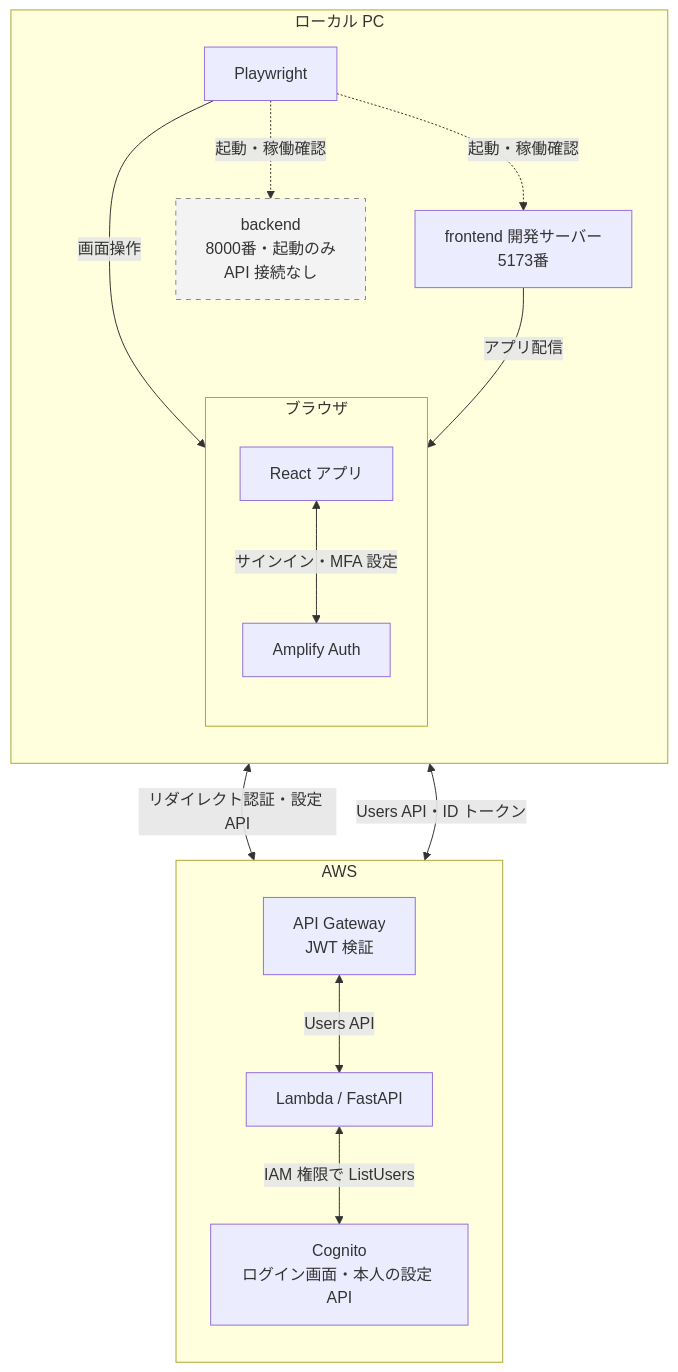
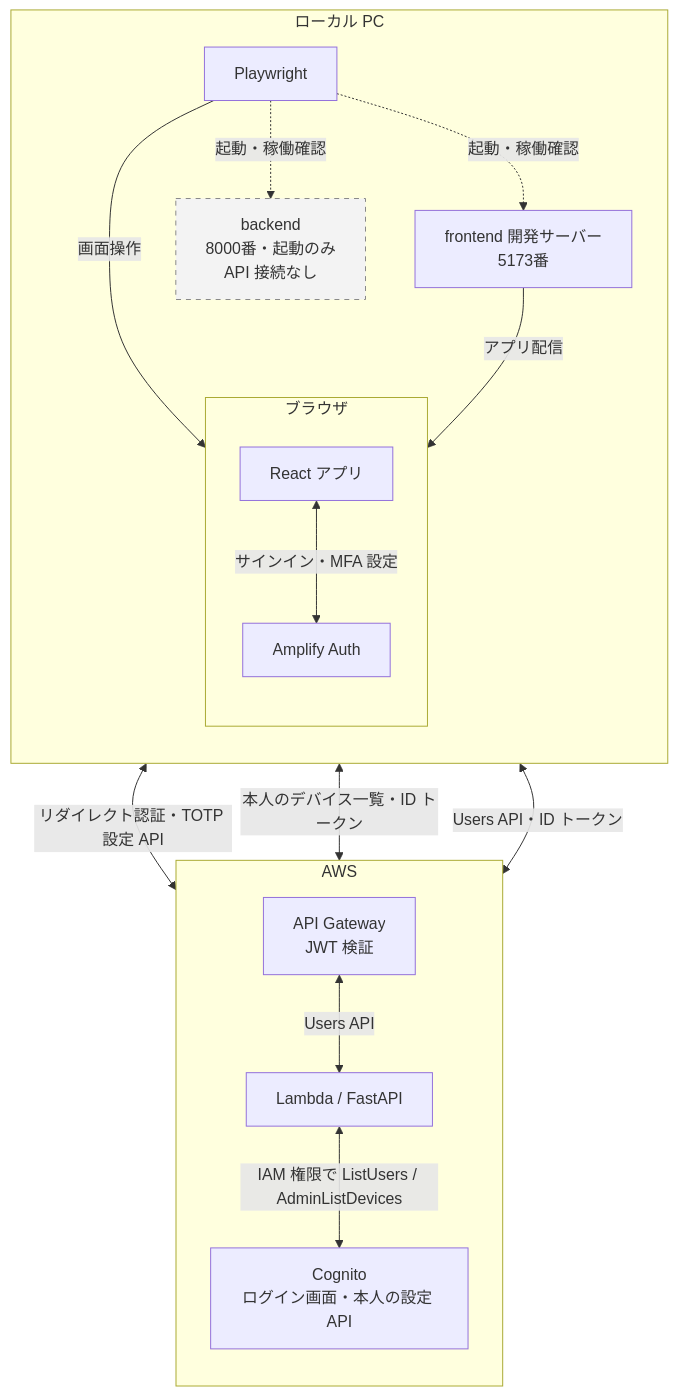
The second of 2 diagrams in e2e/README.md (tayutaedomo/react-cognito-sandbox), drawn with Mermaid before and after one commit. The commit also changed 26 other files, not shown here.

````diff
--- a/e2e/README.md
+++ b/e2e/README.md
@@ -71,30 +71,31 @@
 ```mermaid
 flowchart TB
     subgraph Local["ローカル PC"]
         direction TB
         P["Playwright"]
         F["frontend 開発サーバー<br/>5173番"]
         subgraph Browser["ブラウザ"]
             direction TB
             R["React アプリ"]
             A["Amplify Auth"]
         end
         B["backend<br/>8000番・起動のみ<br/>API 接続なし"]
         P -->|画面操作| R
         P -.->|起動・稼働確認| F
         P -.->|起動・稼働確認| B
         F -->|アプリ配信| R
         R <-->|サインイン・MFA 設定| A
     end
     subgraph AWS["AWS"]
         direction TB
         C["Cognito<br/>ログイン画面・本人の設定 API"]
         G["API Gateway<br/>JWT 検証"]
         L["Lambda / FastAPI"]
         G <-->|Users API| L
-        L <-->|IAM 権限で ListUsers| C
+        L <-->|IAM 権限で ListUsers / AdminListDevices| C
     end
-    A <-->|リダイレクト認証・設定 API| C
+    A <-->|リダイレクト認証・TOTP 設定 API| C
+    A <-->|本人のデバイス一覧・ID トークン| G
     R <-->|Users API・ID トークン| G
     style B fill:#f3f3f3,stroke:#888,stroke-dasharray:5 5
 ```
````
